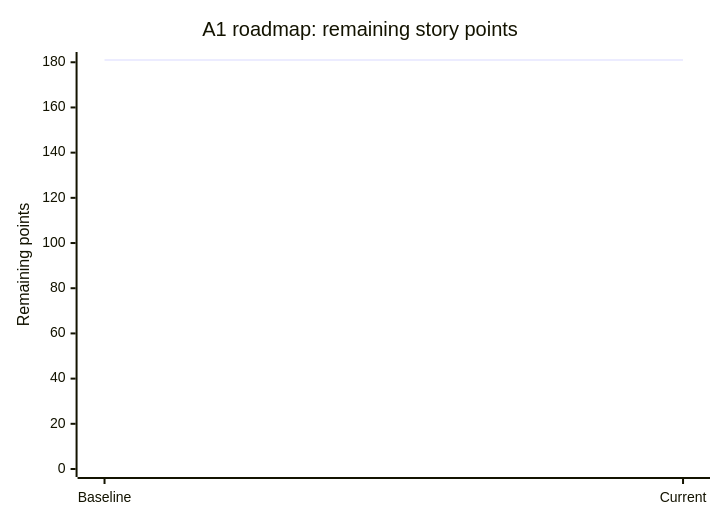
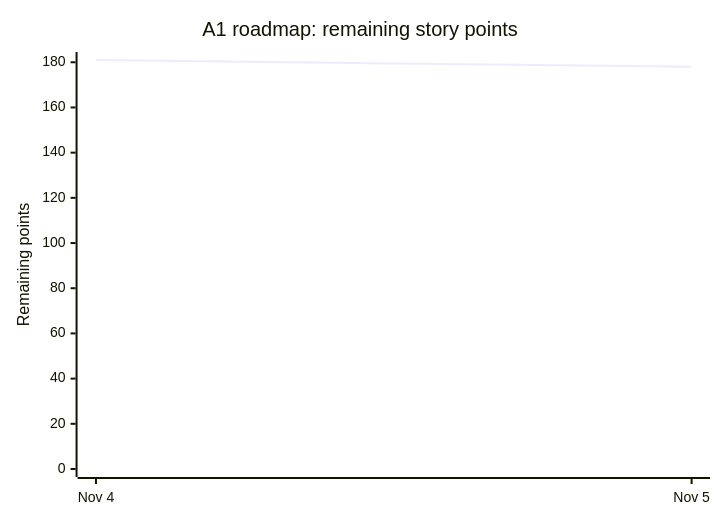
Before and after one commit to DKB2016/lumina-spanish: the diagram in lumina-spanish/ROADMAP_A1.md, drawn with Mermaid. The commit also changed other lines of this file, not shown here.

````diff
--- a/lumina-spanish/ROADMAP_A1.md
+++ b/lumina-spanish/ROADMAP_A1.md
@@ -7,7 +7,7 @@
 ```mermaid
 xychart-beta
   title "A1 roadmap: remaining story points"
-  x-axis ["Baseline", "Current"]
+  x-axis ["Nov 4", "Nov 5"]
   y-axis "Remaining points" 0 --> 181
-  line [181, 181]
+  line [181, 178]
 ```
````
